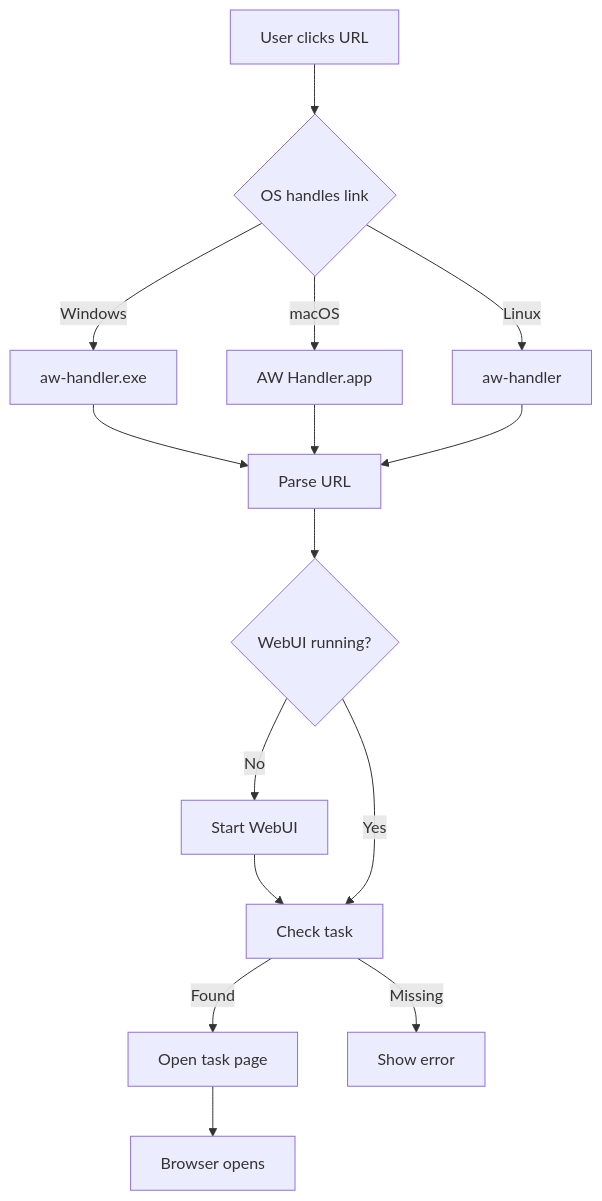
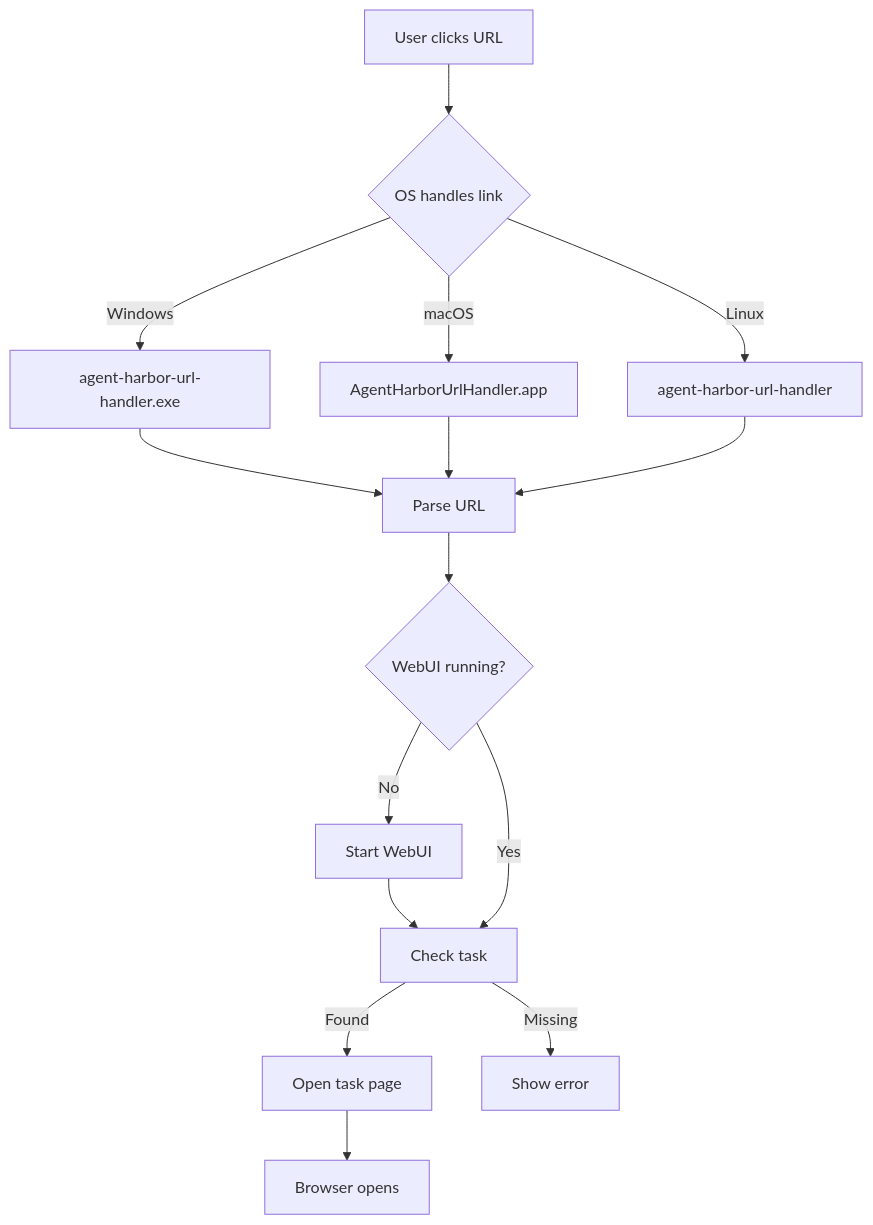
Before and after one commit to blocksense-network/agents-workflow: the diagram in specs/Public/Handling-AW-URL-Scheme.md, drawn with Mermaid. The commit also changed other lines of this file and 410 other files, not shown here.

````diff
--- a/specs/Public/Handling-AW-URL-Scheme.md
+++ b/specs/Public/Handling-AW-URL-Scheme.md
@@ -173,16 +173,16 @@
 ```mermaid
 flowchart TD
   A[User clicks URL] --> B{OS handles link}
-  B -->|Windows| C[aw-handler.exe]
-  B -->|macOS| D[AW Handler.app]
-  B -->|Linux| E[aw-handler]
+  B -->|Windows| C[agent-harbor-url-handler.exe]
+  B -->|macOS| D[AgentHarborUrlHandler.app]
+  B -->|Linux| E[agent-harbor-url-handler]
 
   C & D & E --> F[Parse URL]
   F --> G{WebUI running?}
   G -->|No| H[Start WebUI]
   H --> I[Check task]
   G -->|Yes| I
   I -->|Found| J[Open task page]
   I -->|Missing| K[Show error]
   J --> L[Browser opens]
 ```
````
